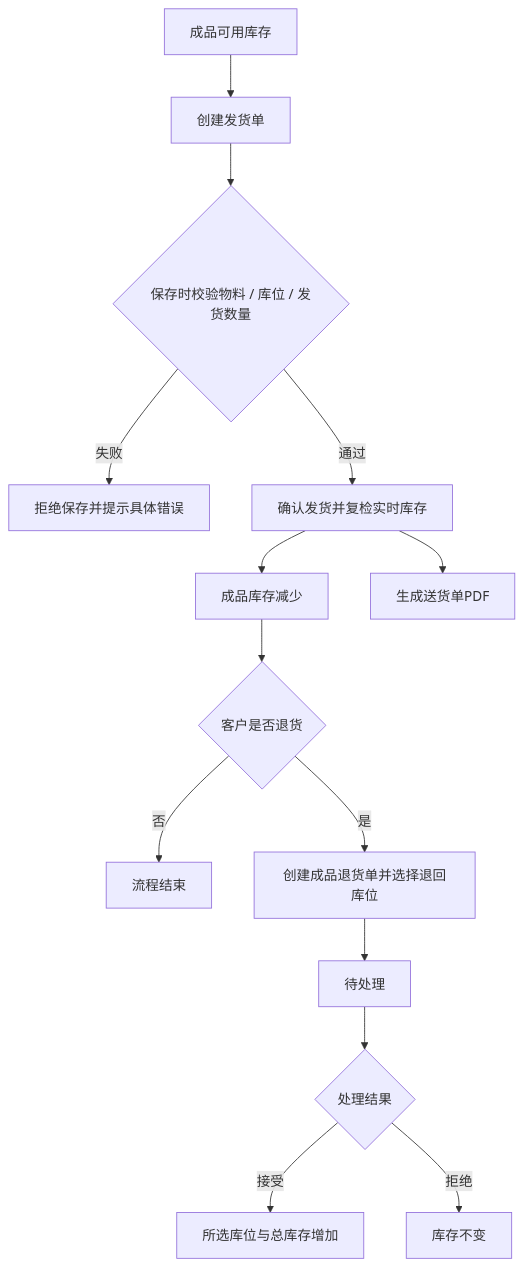
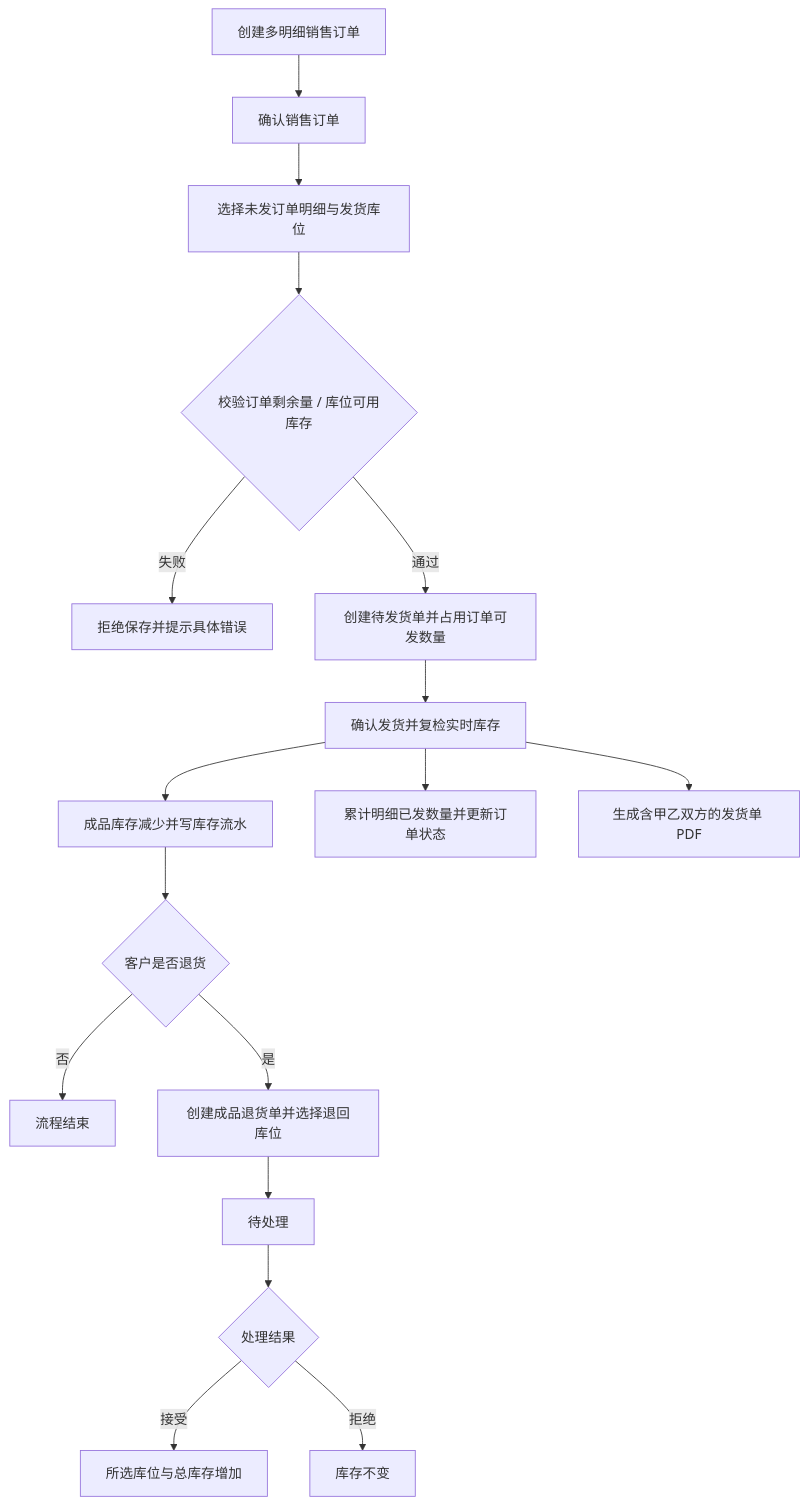
Diagram 16 of 18 in docs/minierp/system-function-flow.md (goldf2/mes-lite), drawn with Mermaid before and after one commit. The commit also changed other lines of this file and 33 other files, not shown here.

````diff
--- a/docs/minierp/system-function-flow.md
+++ b/docs/minierp/system-function-flow.md
@@ -499,16 +499,19 @@
 ```mermaid
 flowchart TD
-  A["成品可用库存"] --> B["创建发货单"]
-  B --> V{"保存时校验物料 / 库位 / 发货数量"}
+  A["创建多明细销售订单"] --> B["确认销售订单"]
+  B --> C["选择未发订单明细与发货库位"]
+  C --> V{"校验订单剩余量 / 库位可用库存"}
   V -->|失败| X["拒绝保存并提示具体错误"]
-  V -->|通过| C["确认发货并复检实时库存"]
-  C --> D["成品库存减少"]
-  C --> E["生成送货单PDF"]
+  V -->|通过| P["创建待发货单并占用订单可发数量"]
+  P --> S["确认发货并复检实时库存"]
+  S --> D["成品库存减少并写库存流水"]
+  S --> O["累计明细已发数量并更新订单状态"]
+  S --> E["生成含甲乙双方的发货单 PDF"]
   D --> F{"客户是否退货"}
   F -->|否| G["流程结束"]
   F -->|是| H["创建成品退货单并选择退回库位"]
   H --> I["待处理"]
   I --> J{"处理结果"}
   J -->|接受| K["所选库位与总库存增加"]
   J -->|拒绝| L["库存不变"]
 ```
````
